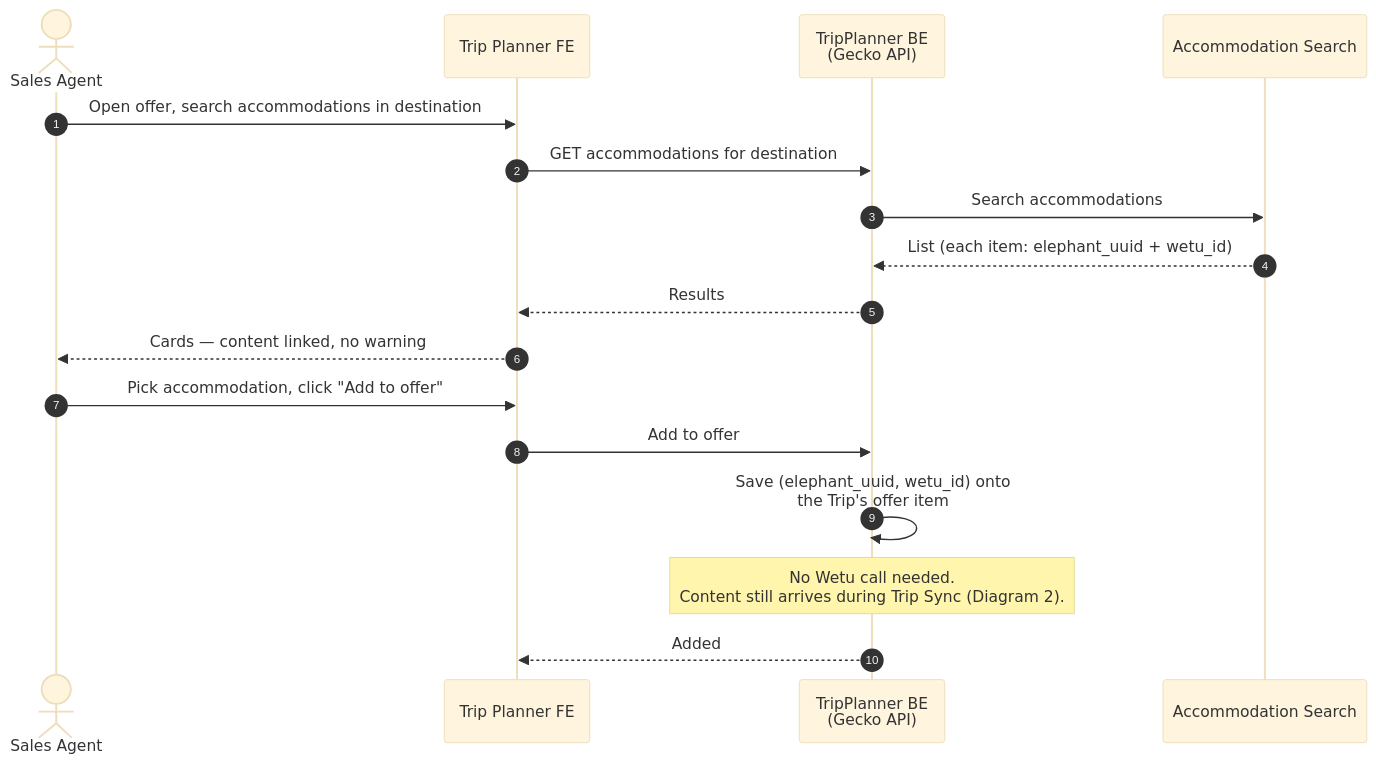
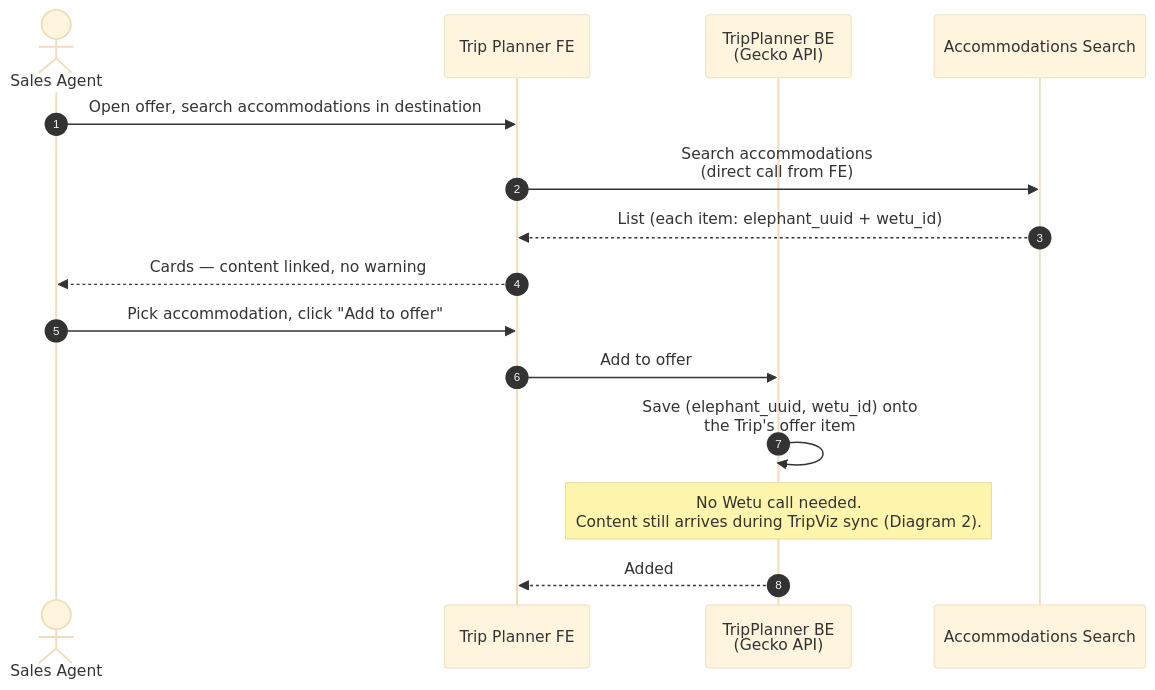
The second of 5 diagrams in OUTPUTS/2026-04-24_TripPlannerWetu-sequence-diagrams/TripPlannerWetu_Documentation.md (kliuchnikau-tourlane/ClaudeCowork), drawn with Mermaid (base theme) before and after one commit. The commit also changed other lines of this file, not shown here.

````diff
--- a/OUTPUTS/2026-04-24_TripPlannerWetu-sequence-diagrams/TripPlannerWetu_Documentation.md
+++ b/OUTPUTS/2026-04-24_TripPlannerWetu-sequence-diagrams/TripPlannerWetu_Documentation.md
@@ -62,21 +60,19 @@
 ```mermaid
 sequenceDiagram
     autonumber
     actor Agent as Sales Agent
     participant TP as Trip Planner FE
     participant BE as TripPlanner BE<br/>(Gecko API)
-    participant AS as Accommodation Search
+    participant AS as Accommodations Search
 
     Agent->>TP: Open offer, search accommodations in destination
-    TP->>BE: GET accommodations for destination
-    BE->>AS: Search accommodations
-    AS-->>BE: List (each item: elephant_uuid + wetu_id)
-    BE-->>TP: Results
+    TP->>AS: Search accommodations<br/>(direct call from FE)
+    AS-->>TP: List (each item: elephant_uuid + wetu_id)
     TP-->>Agent: Cards — content linked, no warning
 
     Agent->>TP: Pick accommodation, click "Add to offer"
     TP->>BE: Add to offer
     BE->>BE: Save (elephant_uuid, wetu_id) onto<br/>the Trip's offer item
-    Note over BE: No Wetu call needed.<br/>Content still arrives during Trip Sync (Diagram 2).
+    Note over BE: No Wetu call needed.<br/>Content still arrives during TripViz sync (Diagram 2).
     BE-->>TP: Added
 ```
````
